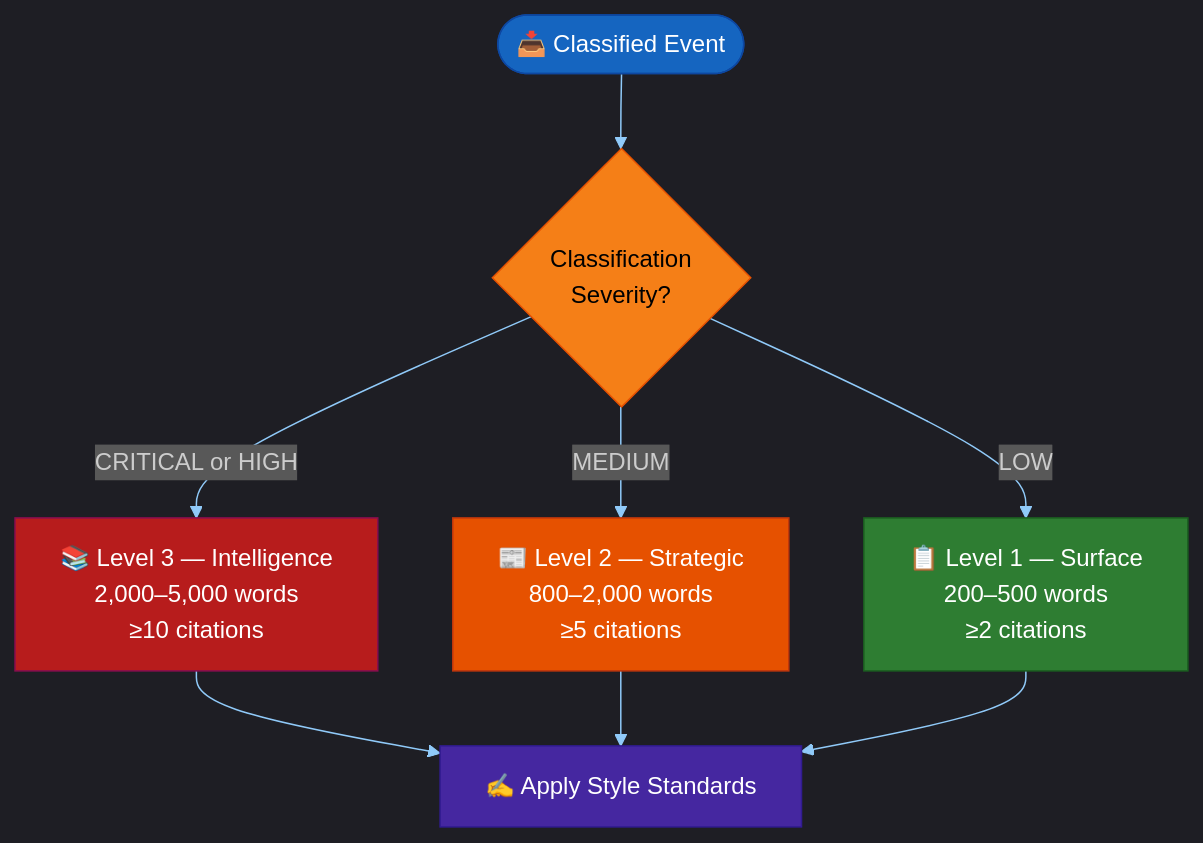
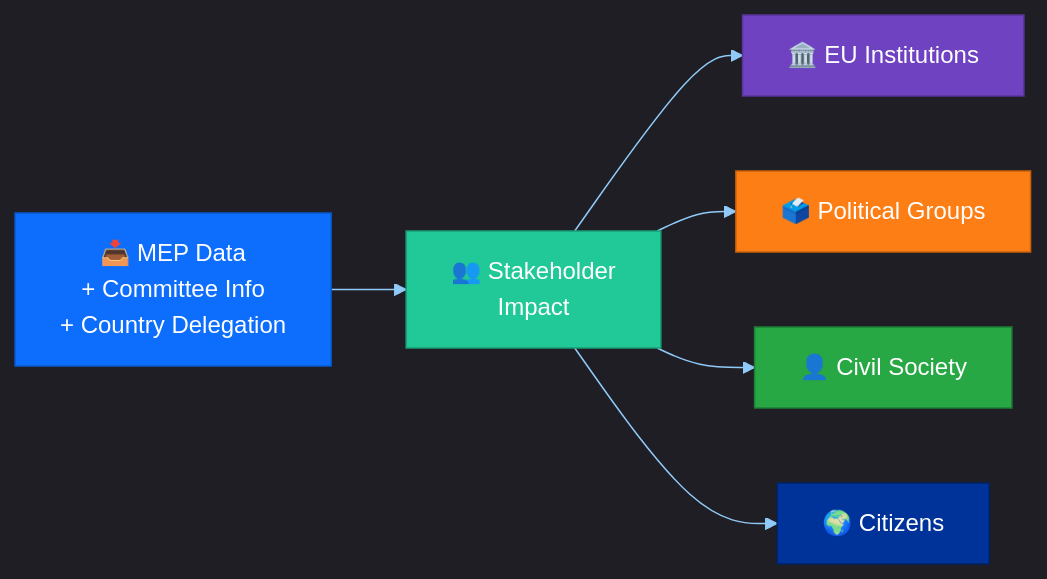
The ninth of 16 diagrams in docs/api/media/README-9.md (Hack23/euparliamentmonitor), drawn with Mermaid before and after one commit. The commit also changed other lines of this file and 1553 other files, not shown here.

````diff
--- a/docs/api/media/README-9.md
+++ b/docs/api/media/README-9.md
@@ -584,19 +493,16 @@
 ```mermaid
 %%{init: {"theme":"dark","themeVariables":{"primaryColor":"#1565C0","primaryTextColor":"#ffffff","primaryBorderColor":"#0A3F7F","lineColor":"#90CAF9","secondaryColor":"#2E7D32","secondaryTextColor":"#ffffff","secondaryBorderColor":"#0F3F00","tertiaryColor":"#FF9800","tertiaryTextColor":"#000000","tertiaryBorderColor":"#7F4F00","mainBkg":"#1565C0","secondBkg":"#2E7D32","tertiaryBkg":"#FF9800","noteBkgColor":"#FFC107","noteTextColor":"#000000","noteBorderColor":"#7F6000","errorBkgColor":"#D32F2F","errorTextColor":"#ffffff","fontFamily":"Inter, Helvetica, Arial, sans-serif","pie1":"#1565C0","pie2":"#2E7D32","pie3":"#FF9800","pie4":"#D32F2F","pie5":"#FFC107","pie6":"#7B1FA2","pie7":"#9E9E9E","pie8":"#0288D1","pie9":"#388E3C","pie10":"#F57C00","pie11":"#C62828","pie12":"#FBC02D","pieTitleTextSize":"18px","pieSectionTextSize":"14px","pieLegendTextSize":"13px","pieStrokeColor":"#1e1e1e","pieOuterStrokeColor":"#1e1e1e","git0":"#1565C0","git1":"#2E7D32","git2":"#FF9800","git3":"#D32F2F","gitBranchLabel0":"#ffffff","gitBranchLabel1":"#ffffff","gitBranchLabel2":"#000000","gitBranchLabel3":"#ffffff","cScale0":"#1565C0","cScale1":"#2E7D32","cScale2":"#FF9800","cScale3":"#D32F2F","cScale4":"#FFC107","cScale5":"#7B1FA2","cScale6":"#9E9E9E","cScale7":"#0288D1","xyChart":{"backgroundColor":"#1e1e1e","plotColorPalette":"#1565C0,#2E7D32,#FF9800,#D32F2F,#FFC107,#7B1FA2,#9E9E9E"}}}}%%
-flowchart TD
-    Input([📥 Classified Event]) --> Sev{Classification<br/>Severity?}
-    Sev -->|CRITICAL or HIGH| L3[📚 Level 3 — Intelligence<br/>2,000–5,000 words<br/>≥10 citations]
-    Sev -->|MEDIUM| L2[📰 Level 2 — Strategic<br/>800–2,000 words<br/>≥5 citations]
-    Sev -->|LOW| L1[📋 Level 1 — Surface<br/>200–500 words<br/>≥2 citations]
+flowchart LR
+    DATA["📥 MEP Data<br/>+ Committee Info<br/>+ Country Delegation"] --> STK["👥 Stakeholder<br/>Impact"]
+    STK --> INST["🏛️ EU Institutions"]
+    STK --> POL["🗳️ Political Groups"]
+    STK --> CIV["👤 Civil Society"]
+    STK --> PUB["🌍 Citizens"]
 
-    L3 --> Review[✍️ Apply Style Standards]
-    L2 --> Review
-    L1 --> Review
-
-    style Input fill:#1565C0,stroke:#0D47A1,color:#FFFFFF
-    style Sev fill:#F57F17,stroke:#E65100,color:#000000
-    style L3 fill:#B71C1C,stroke:#880E4F,color:#FFFFFF
-    style L2 fill:#E65100,stroke:#BF360C,color:#FFFFFF
-    style L1 fill:#2E7D32,stroke:#1B5E20,color:#FFFFFF
-    style Review fill:#4527A0,stroke:#311B92,color:#FFFFFF
+    style DATA fill:#0d6efd,color:#fff,stroke:#0a58ca
+    style STK fill:#20c997,color:#fff,stroke:#199d76
+    style INST fill:#6f42c1,color:#fff,stroke:#59359a
+    style POL fill:#fd7e14,color:#fff,stroke:#c96009
+    style CIV fill:#28a745,color:#fff,stroke:#1e7e34
+    style PUB fill:#003399,color:#fff,stroke:#002266
 ```
````
